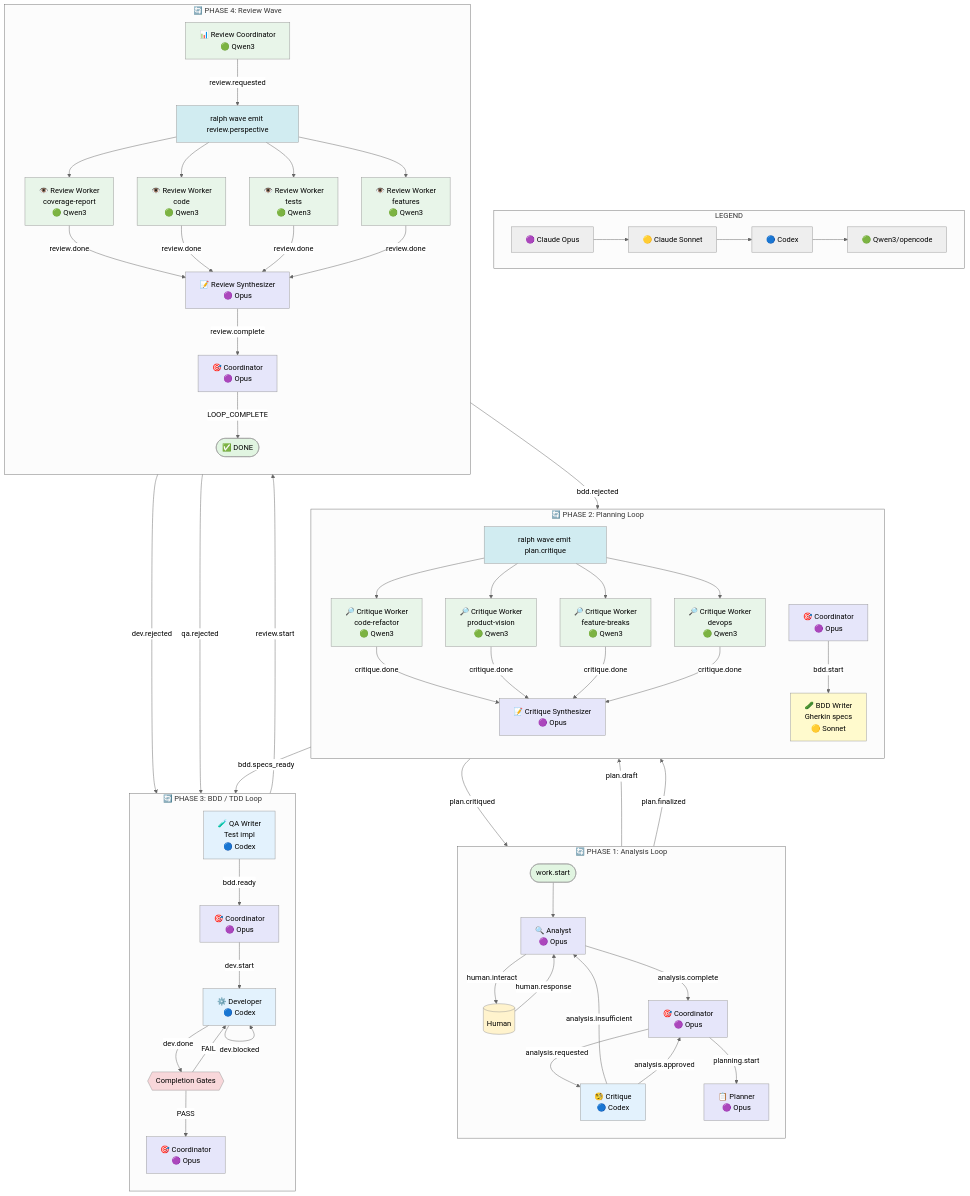
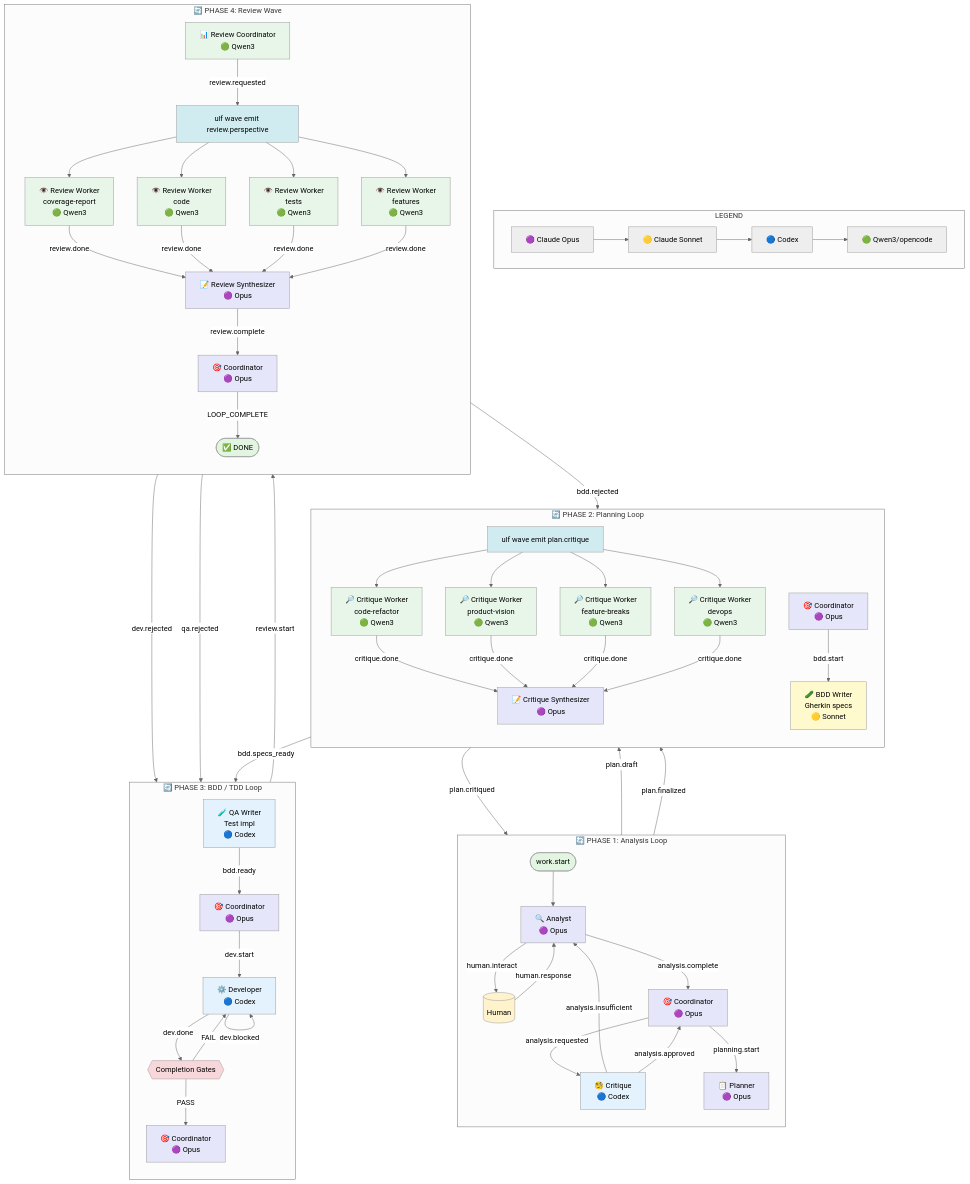
One commit to zsedem/ulf-orchestrator changed the diagram in presets/enterprise-dev-pipeline-graph.md. Above: the diagram before and after it, drawn with Mermaid (neutral theme). The commit also changed 1339 other files, not shown here.

First line of the commit message:
rename: ralph -> ulf across entire codebase

```diff
--- a/presets/enterprise-dev-pipeline-graph.md
+++ b/presets/enterprise-dev-pipeline-graph.md
@@ -32,7 +32,7 @@
 
     subgraph PHASE2["🔄 PHASE 2: Planning Loop"]
         direction TB
-        PLANNER["📋 Planner<br/>🟣 Opus"] -->|plan.draft| WAVE_DISPATCH1["ralph wave emit plan.critique"]
+        PLANNER["📋 Planner<br/>🟣 Opus"] -->|plan.draft| WAVE_DISPATCH1["ulf wave emit plan.critique"]
         WAVE_DISPATCH1 --> CW1["🔎 Critique Worker<br/>code-refactor<br/>🟢 Qwen3"]
         WAVE_DISPATCH1 --> CW2["🔎 Critique Worker<br/>product-vision<br/>🟢 Qwen3"]
         WAVE_DISPATCH1 --> CW3["🔎 Critique Worker<br/>feature-breaks<br/>🟢 Qwen3"]
@@ -62,7 +62,7 @@
     subgraph PHASE4["🔄 PHASE 4: Review Wave"]
         direction TB
         COORD4 -->|review.start| REVIEW_COORD["📊 Review Coordinator<br/>🟢 Qwen3"]
-        REVIEW_COORD -->|review.requested| WAVE_DISPATCH2["ralph wave emit review.perspective"]
+        REVIEW_COORD -->|review.requested| WAVE_DISPATCH2["ulf wave emit review.perspective"]
         WAVE_DISPATCH2 --> RW1["👁️ Review Worker<br/>coverage-report<br/>🟢 Qwen3"]
         WAVE_DISPATCH2 --> RW2["👁️ Review Worker<br/>code<br/>🟢 Qwen3"]
         WAVE_DISPATCH2 --> RW3["👁️ Review Worker<br/>tests<br/>🟢 Qwen3"]
```
